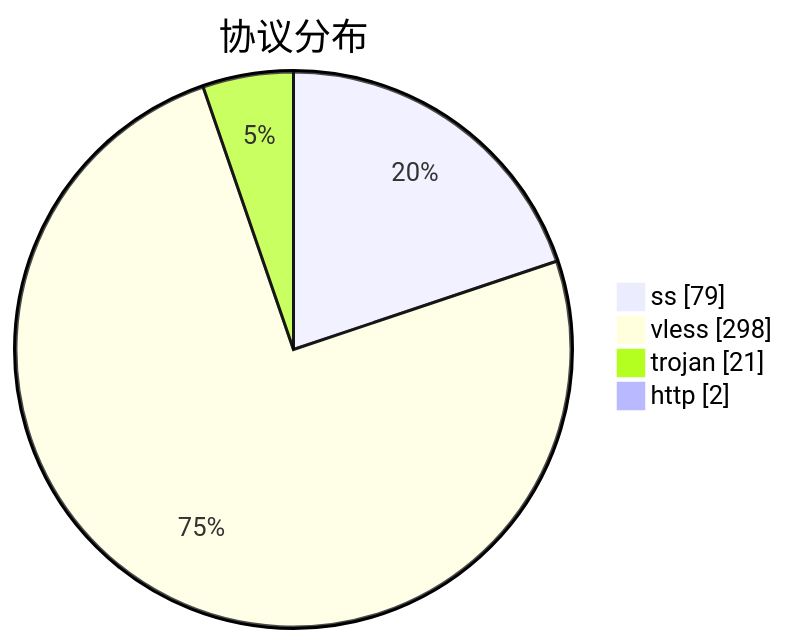
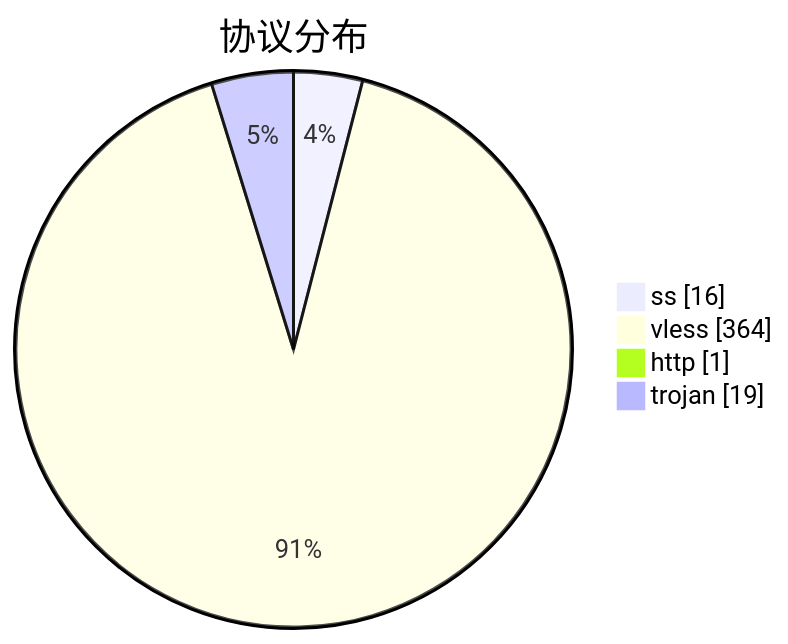
Before and after one commit to qjlxg/airport: the third of 3 diagrams in subs/statistics/tested_within.md, drawn with Mermaid. The commit also changed other lines of this file and 2 other files, not shown here.

````diff
--- a/subs/statistics/tested_within.md
+++ b/subs/statistics/tested_within.md
@@ -29,8 +29,8 @@
 ```mermaid
 pie showData
 title 协议分布
-"ss" : 79
-"vless" : 298
-"trojan" : 21
-"http" : 2
+"ss" : 16
+"vless" : 364
+"http" : 1
+"trojan" : 19
 ```
````
